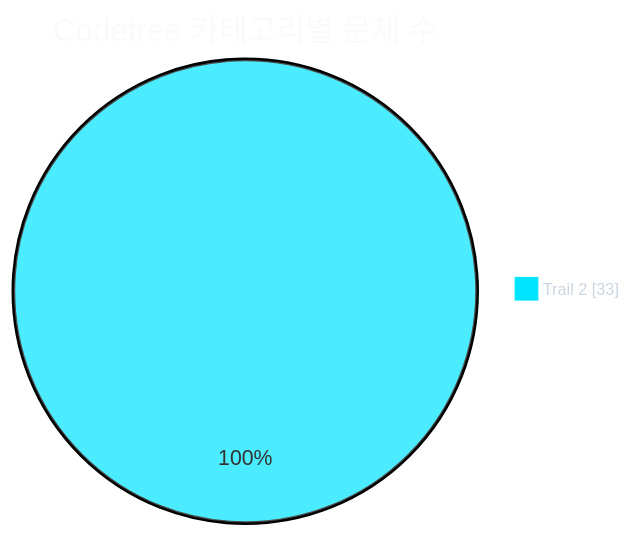
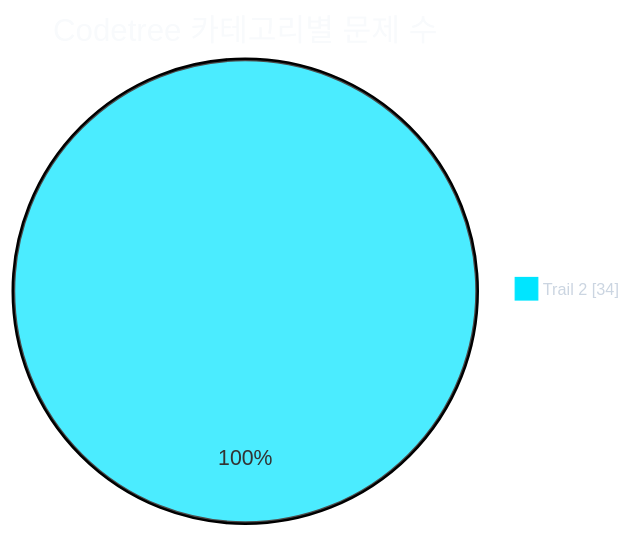
One commit to CHOOSLA/Algorithm changed the first of 2 diagrams in readme.md. Above: the diagram before and after it, drawn with Mermaid. The commit also changed other lines of this file and 2 other files, not shown here.

````diff
--- a/readme.md
+++ b/readme.md
@@ -31,21 +31,21 @@
 ```mermaid
 ---
 config:
   theme: base
   themeVariables:
     background: '#0d1117'
     pieTitleTextColor: '#f8fafc'
     pieLegendTextColor: '#cbd5e1'
     pieLegendTextSize: '13px'
     pie1: '#00e5ff'
     pie2: '#22c55e'
     pie3: '#f59e0b'
     pie4: '#a855f7'
     pie5: '#ec4899'
     pie6: '#3b82f6'
     pie7: '#64748b'
 ---
 pie showData
   title Codetree 카테고리별 문제 수
-  "Trail 2" : 33
+  "Trail 2" : 34
 ```
````
